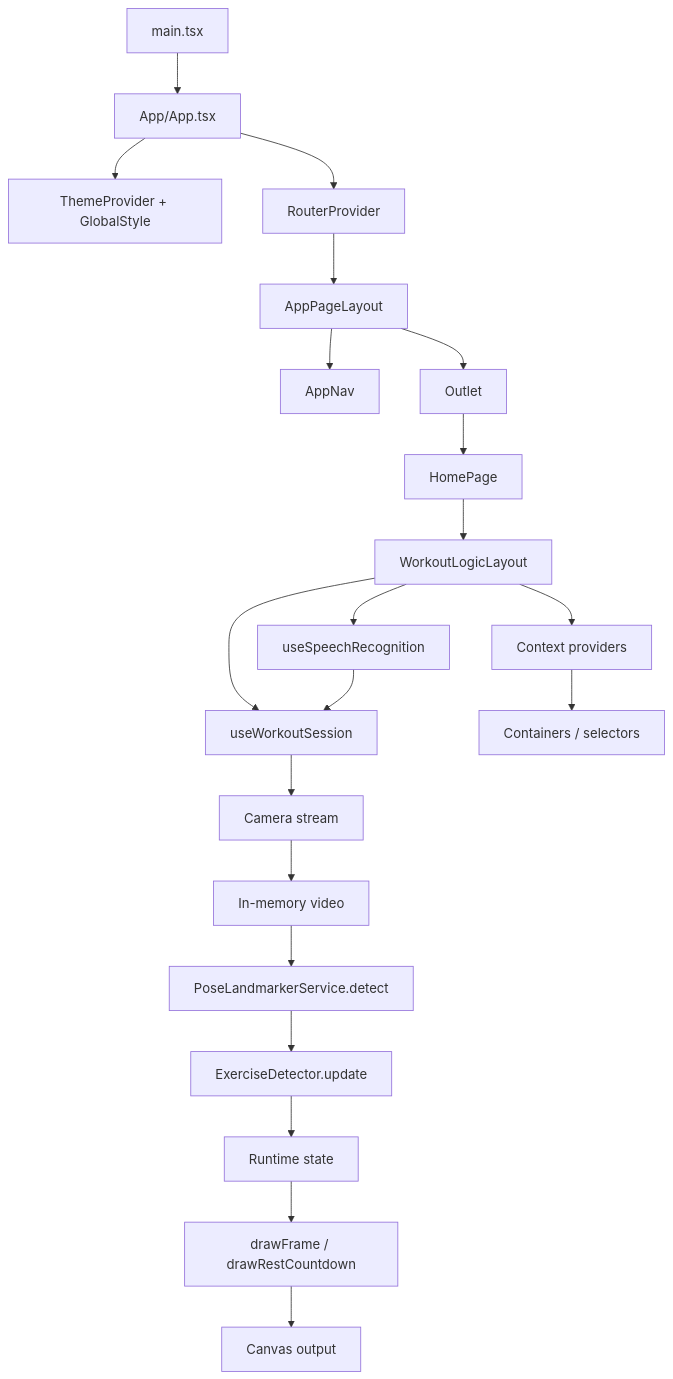
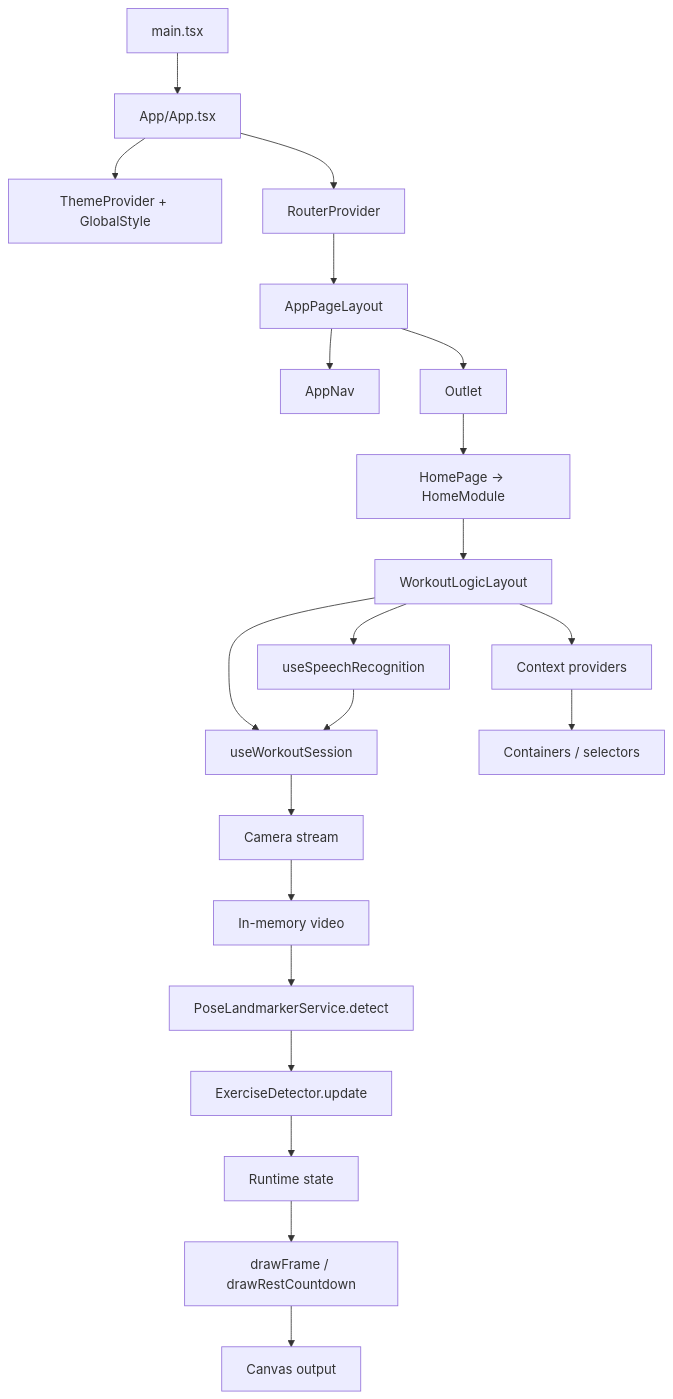
One commit to alexeyabretov00-eng/workout-counter-react changed the diagram in docs/architecture.md. Above: the diagram before and after it, drawn with Mermaid. The commit also changed other lines of this file and 157 other files, not shown here.

````diff
--- a/docs/architecture.md
+++ b/docs/architecture.md
@@ -75,23 +75,23 @@
 ```mermaid
 flowchart TB
   Main[main.tsx] --> AppMod[App/App.tsx]
   AppMod --> Theme[ThemeProvider + GlobalStyle]
   AppMod --> R[RouterProvider]
   R --> APL[AppPageLayout]
   APL --> Nav[AppNav]
   APL --> Out[Outlet]
-  Out --> Home[HomePage]
+  Out --> Home[HomePage → HomeModule]
   Home --> WLL[WorkoutLogicLayout]
   WLL --> Session[useWorkoutSession]
   WLL --> Speech[useSpeechRecognition]
   WLL --> Ctx[Context providers]
   Ctx --> Cont[Containers / selectors]
   Speech --> Session
   Session --> Camera[Camera stream]
   Camera --> Video[In-memory video]
   Video --> Pose[PoseLandmarkerService.detect]
   Pose --> Detector[ExerciseDetector.update]
   Detector --> Runtime[Runtime state]
   Runtime --> Draw[drawFrame / drawRestCountdown]
   Draw --> Canvas[Canvas output]
 ```
````
